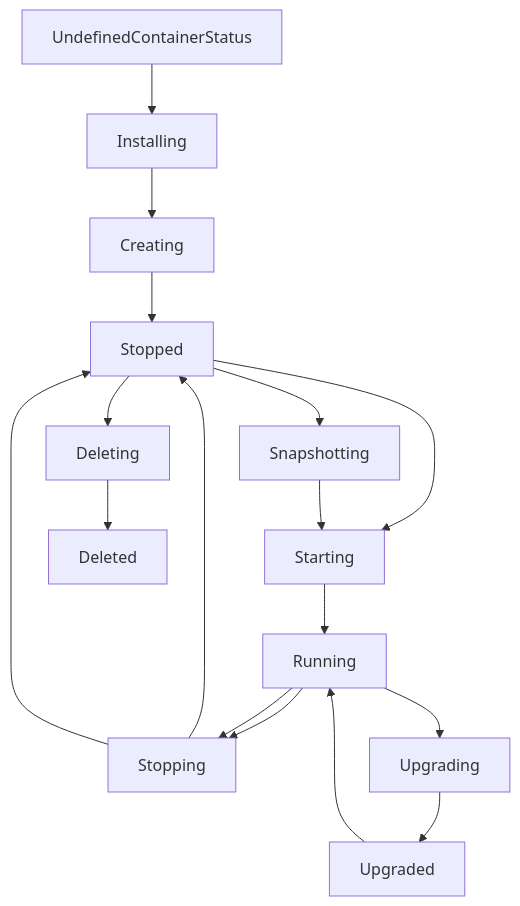
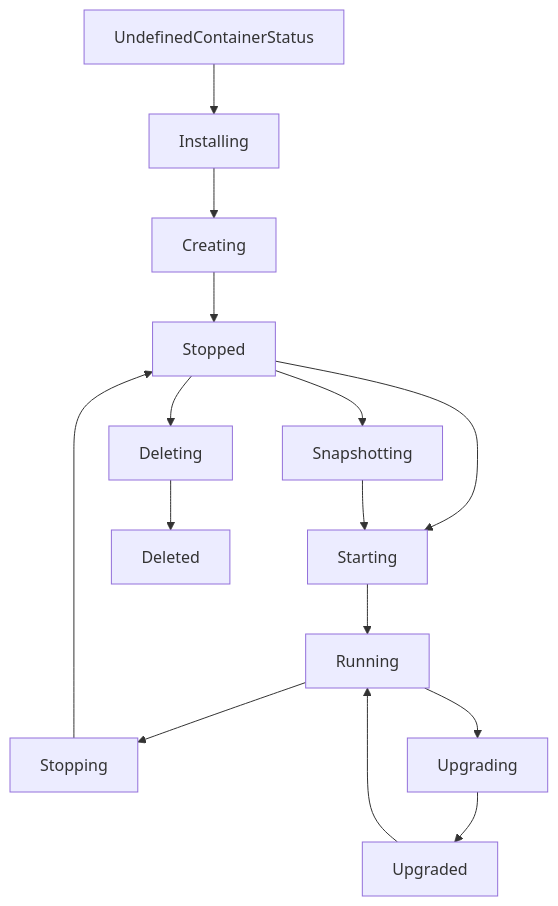
One commit to nodexeus/protobufs changed the diagram in README.md. Above: the diagram before and after it, drawn with Mermaid.

Commit message:
doc(readme): fixed state graph

````diff
--- a/README.md
+++ b/README.md
@@ -68,10 +68,10 @@
 ```mermaid
 graph TD;
     UndefinedContainerStatus --> Installing --> Creating;
     Creating --> Stopped;
     Stopped --> Starting --> Running;
     Running --> Stopping --> Stopped;
     Running --> Upgrading --> Upgraded --> Running;
     Stopped --> Deleting --> Deleted;
-    Running --> Stopping --> Stopped --> Snapshotting --> Starting;
+    Stopped --> Snapshotting --> Starting;
 ```
````
